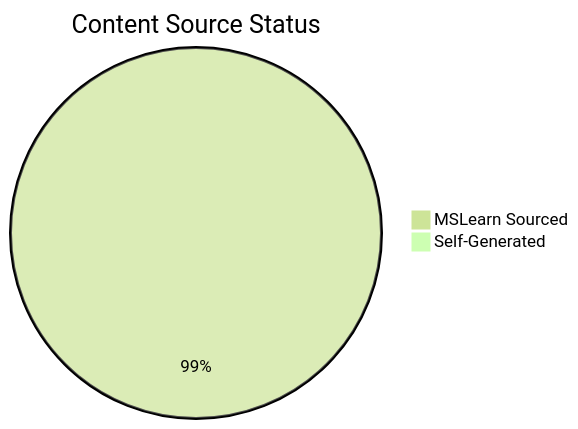
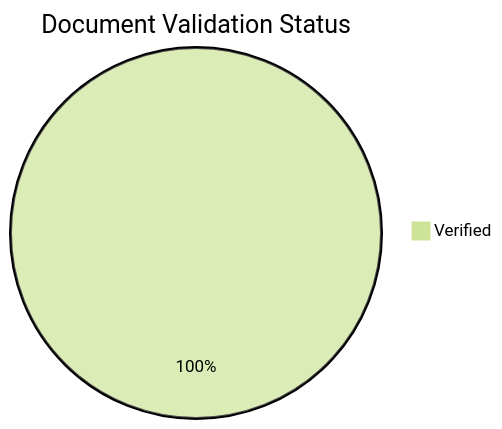
Before and after one commit to yeongseon/azure-container-apps-practical-guide: the diagram in docs/reference/content-validation-status.md, drawn with Mermaid (forest theme). The commit also changed other lines of this file and 136 other files, not shown here.

````diff
--- a/docs/reference/content-validation-status.md
+++ b/docs/reference/content-validation-status.md
@@ -37,5 +23,4 @@
 ```mermaid
-pie title Content Source Status
-    "MSLearn Sourced" : 254
-    "Self-Generated" : 2
+pie title Document Validation Status
+    "Verified" : 87
 ```
````
